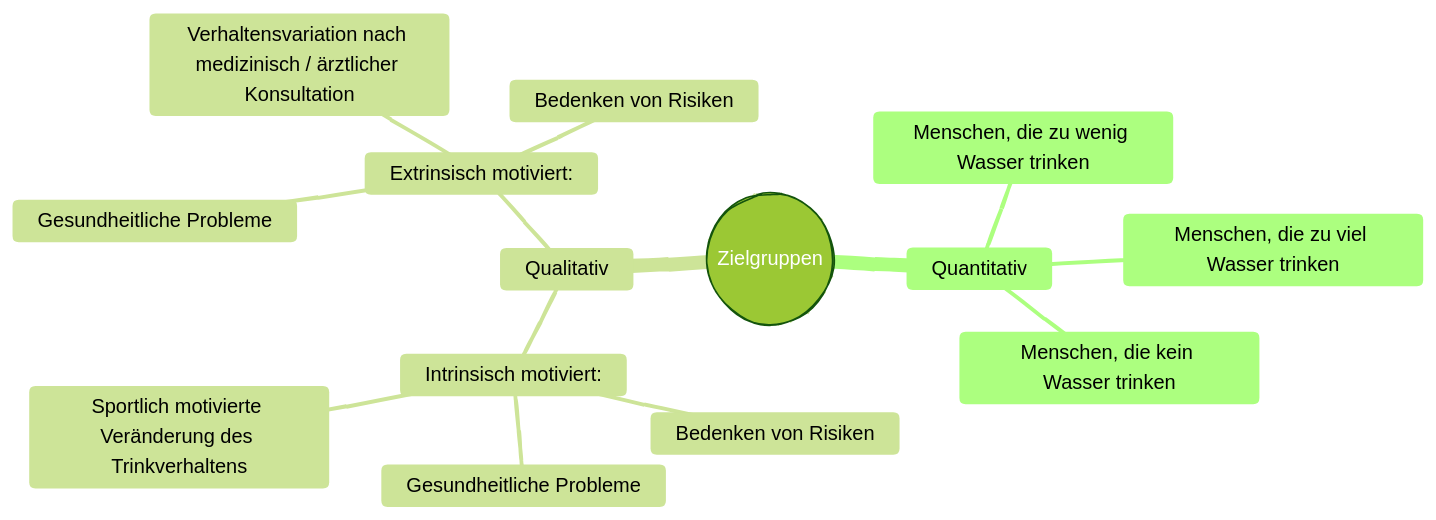
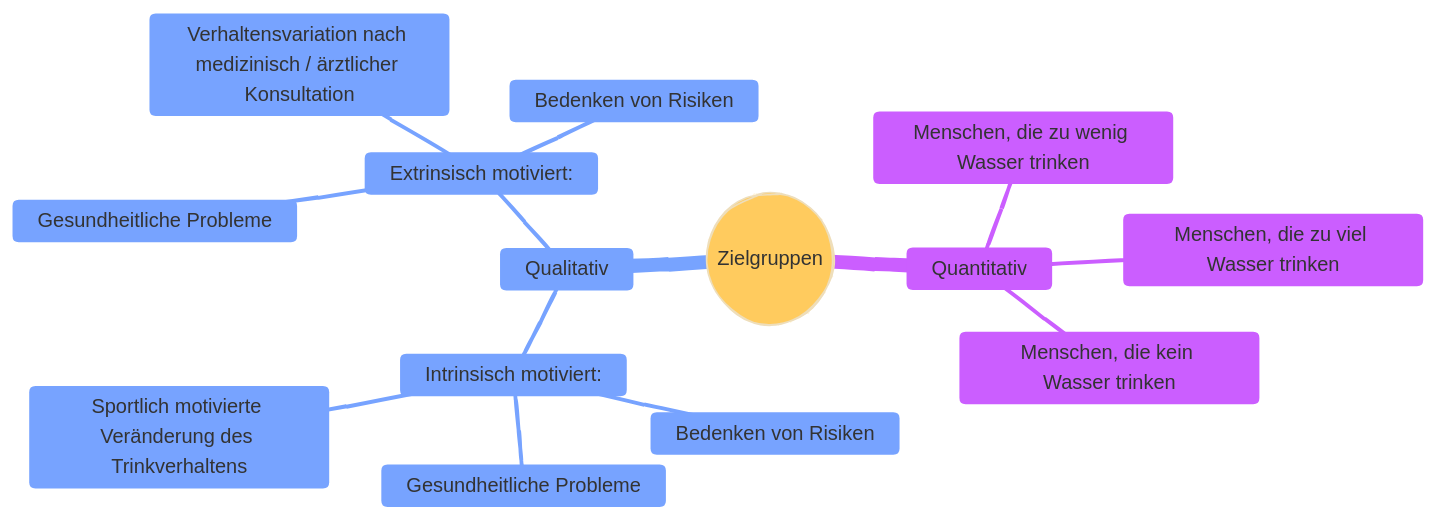
One commit to nevsglueckauf/dcda_projects changed the diagram in Projekt_Smart_WF/Target_Groups.md. Above: the diagram before and after it, drawn with Mermaid. The commit also changed 2 other files, not shown here.

Commit message:
Changing stuff

````diff
--- a/Projekt_Smart_WF/Target_Groups.md
+++ b/Projekt_Smart_WF/Target_Groups.md
@@ -29,25 +29,25 @@
 ```mermaid
 ---
 config:
   look: handDrawn
-  theme: forest
+  theme: base
 ---
 
 mindmap
     root((Zielgruppen))
             Quantitativ
               Menschen, die zu wenig Wasser trinken
               Menschen, die zu viel Wasser trinken
               Menschen, die kein Wasser trinken
 
             Qualitativ
               Intrinsisch motiviert:
                 Gesundheitliche Probleme
                 Bedenken von Risiken
                 Sportlich motivierte Veränderung des Trinkverhaltens
 
               Extrinsisch motiviert:
                 Gesundheitliche Probleme
                 Verhaltensvariation nach medizinisch / ärztlicher Konsultation
                 Bedenken von Risiken
 ```
````
